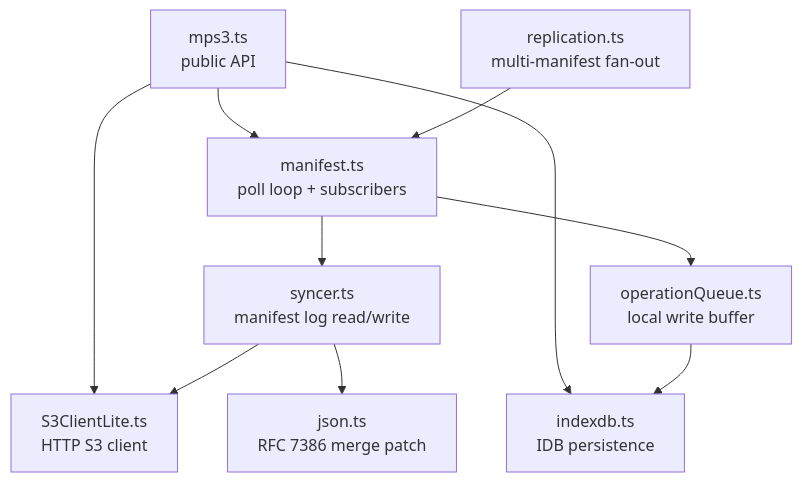
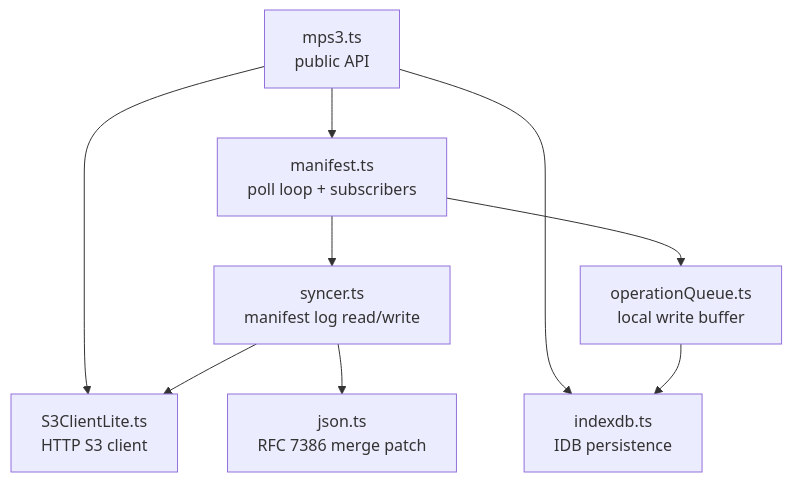
One commit to Gusto/baerly-storage changed the diagram in docs/ARCHITECTURE.md. Above: the diagram before and after it, drawn with Mermaid. The commit also changed 11 other files, not shown here.

First line of the commit message:
fix: address findings from architecture review

````diff
--- a/docs/ARCHITECTURE.md
+++ b/docs/ARCHITECTURE.md
@@ -18,21 +18,19 @@
 ```mermaid
 graph TD
     mps3[mps3.ts<br/>public API]
     operationQueue[operationQueue.ts<br/>local write buffer]
     manifest[manifest.ts<br/>poll loop + subscribers]
     syncer[syncer.ts<br/>manifest log read/write]
-    replication[replication.ts<br/>multi-manifest fan-out]
     s3client[S3ClientLite.ts<br/>HTTP S3 client]
     json[json.ts<br/>RFC 7386 merge patch]
     indexdb[indexdb.ts<br/>IDB persistence]
 
     mps3 --> manifest
     mps3 --> s3client
     mps3 --> indexdb
     manifest --> syncer
     manifest --> operationQueue
     syncer --> s3client
     syncer --> json
     operationQueue --> indexdb
-    replication --> manifest
 ```
````
